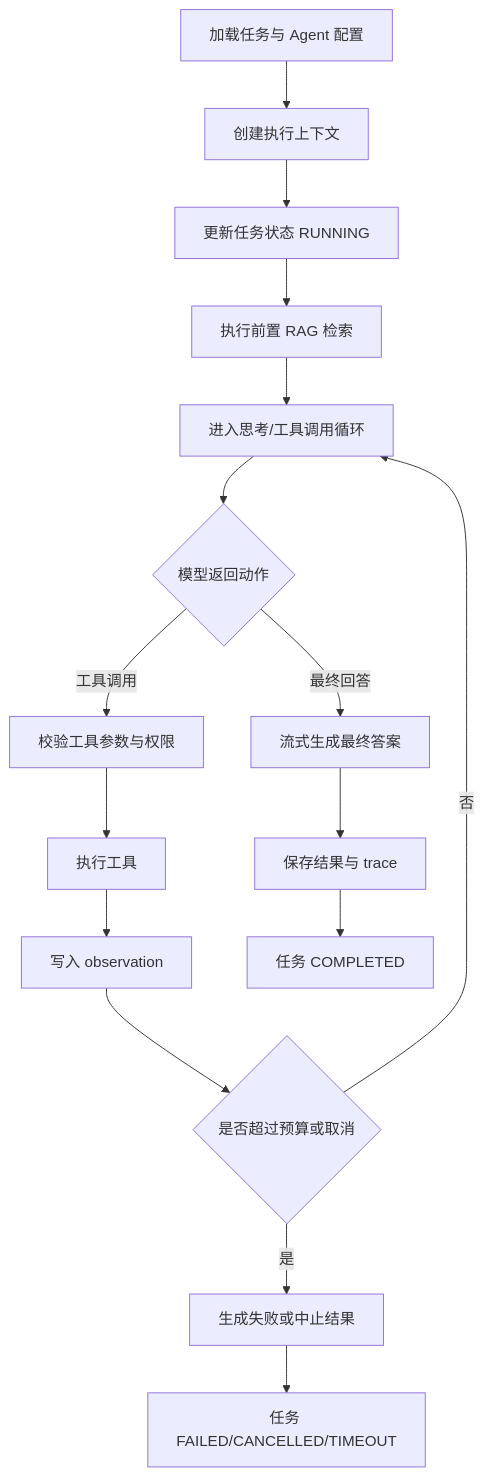
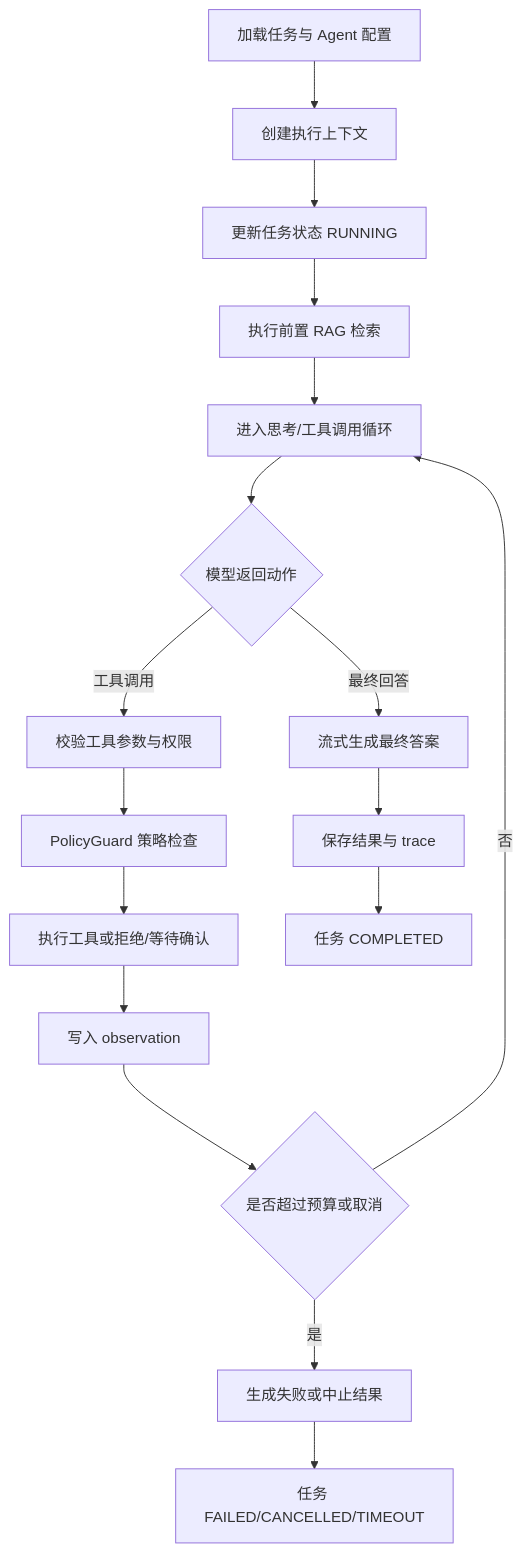
Before and after one commit to Xavi-L/AgentFlow-Hub: the third of 3 diagrams in agentflow-hub-agent-engine-design.md, drawn with Mermaid. The commit also changed other lines of this file and 9 other files, not shown here.

````diff
--- a/agentflow-hub-agent-engine-design.md
+++ b/agentflow-hub-agent-engine-design.md
@@ -310,18 +319,19 @@
 ```mermaid
 flowchart TD
     A["加载任务与 Agent 配置"] --> B["创建执行上下文"]
     B --> C["更新任务状态 RUNNING"]
     C --> D["执行前置 RAG 检索"]
     D --> E["进入思考/工具调用循环"]
     E --> F{"模型返回动作"}
     F -->|工具调用| G["校验工具参数与权限"]
-    G --> H["执行工具"]
+    G --> PG["PolicyGuard 策略检查"]
+    PG --> H["执行工具或拒绝/等待确认"]
     H --> I["写入 observation"]
     I --> J{"是否超过预算或取消"}
     J -->|否| E
     J -->|是| K["生成失败或中止结果"]
     F -->|最终回答| L["流式生成最终答案"]
     L --> M["保存结果与 trace"]
     M --> N["任务 COMPLETED"]
     K --> O["任务 FAILED/CANCELLED/TIMEOUT"]
 ```
````
